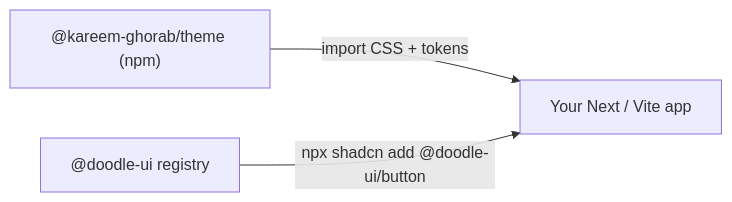
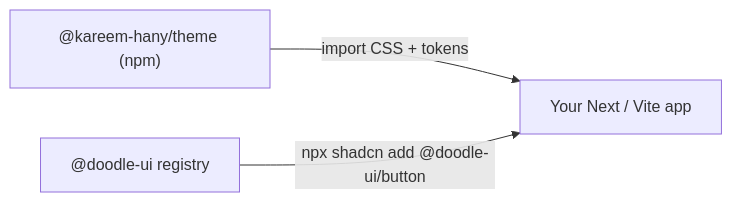
Before and after one commit to KareemGhorab/doodle-ui: the diagram in README.md, drawn with Mermaid. The commit also changed other lines of this file and 20 other files, not shown here.

First line of the commit message:
refactor: rename theme package from @kareem-ghorab to @kareem-hany

````diff
--- a/README.md
+++ b/README.md
@@ -7,8 +7,8 @@
 ```mermaid
 flowchart LR
-  themePkg["@kareem-ghorab/theme (npm)"]
+  themePkg["@kareem-hany/theme (npm)"]
   registry["@doodle-ui registry"]
   consumer["Your Next / Vite app"]
   themePkg -->|"import CSS + tokens"| consumer
   registry -->|"npx shadcn add @doodle-ui/button"| consumer
 ```
````
